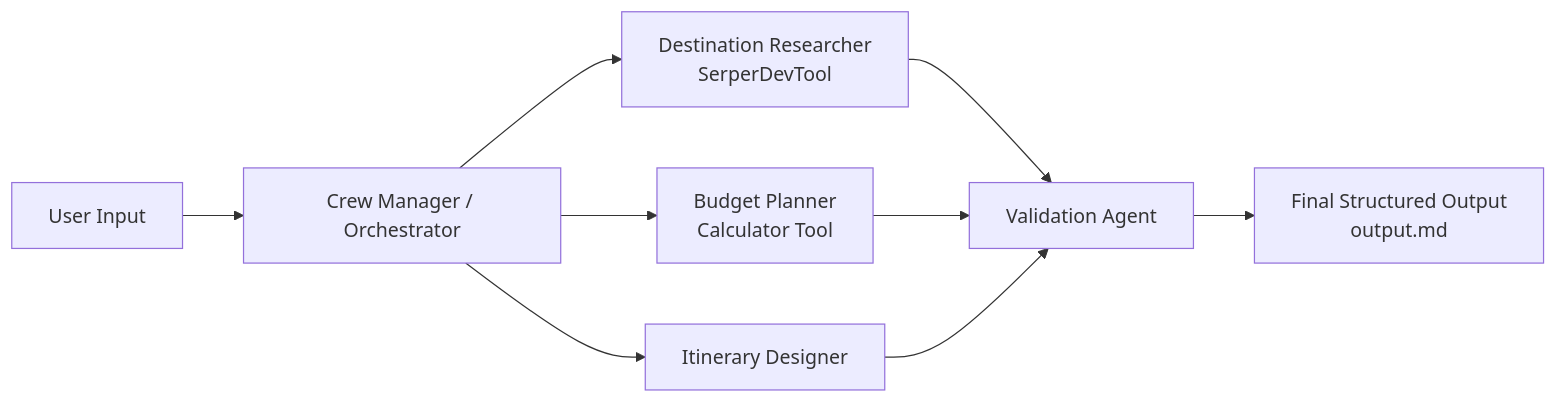
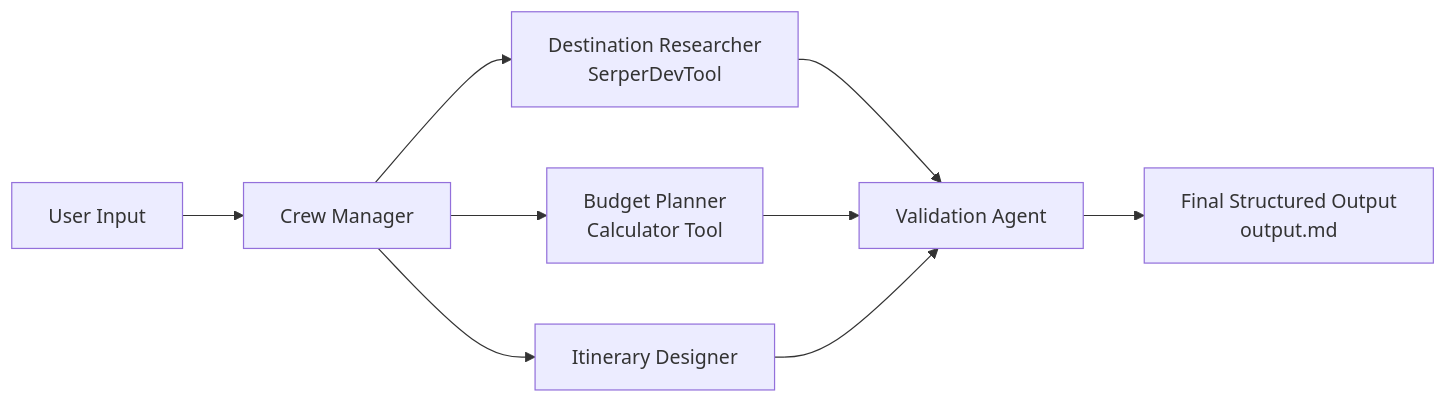
One commit to saidurcsesust/Travel_Planner_Crew changed the diagram in README.md. Above: the diagram before and after it, drawn with Mermaid. The commit also changed other lines of this file and 4 other files, not shown here.

````diff
--- a/README.md
+++ b/README.md
@@ -36,11 +36,11 @@
 ```mermaid
 flowchart LR
-    U[User Input] --> M[Crew Manager / Orchestrator]
+    U[User Input] --> M[Crew Manager]
     M --> R[Destination Researcher\nSerperDevTool]
     M --> B[Budget Planner\nCalculator Tool]
     M --> I[Itinerary Designer]
     R --> V[Validation Agent]
     B --> V
     I --> V
     V --> O[Final Structured Output\noutput.md]
 ```
````
